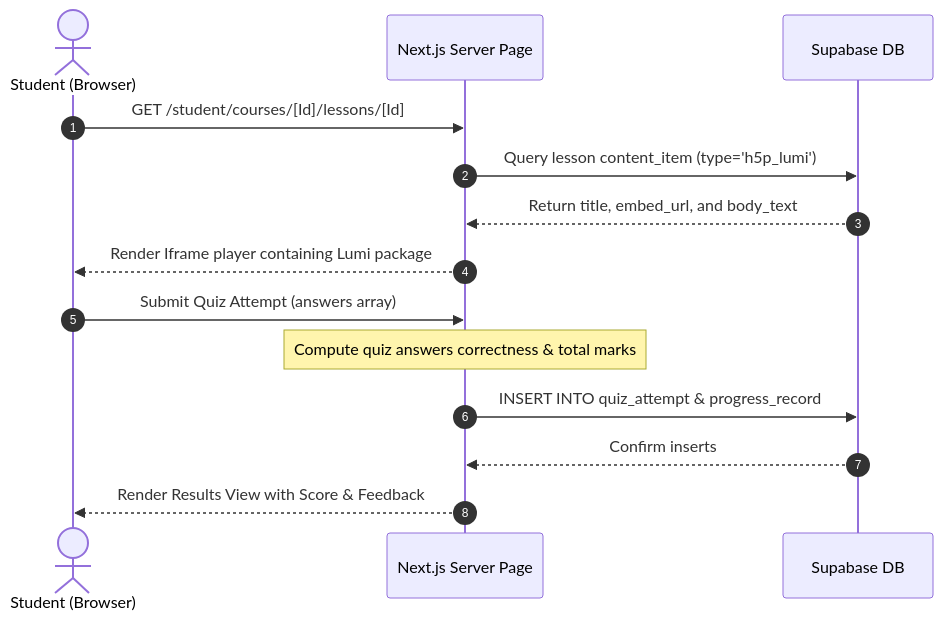
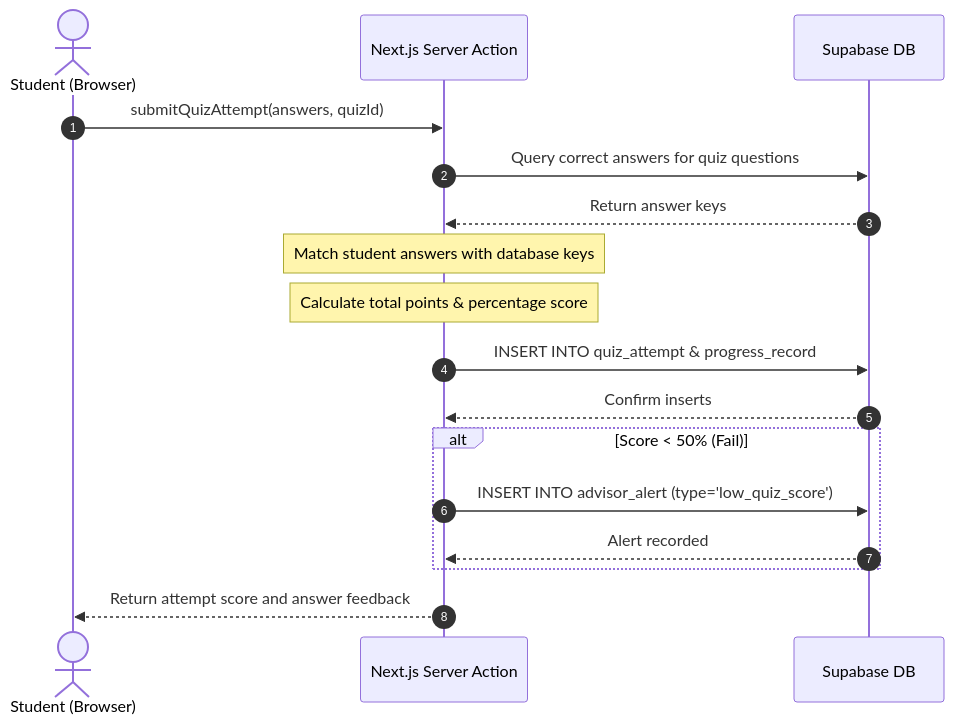
One commit to wingkit123/QuestLearn changed the third of 5 diagrams in part-iii/Individual-Report-WingKit.md. Above: the diagram before and after it, drawn with Mermaid. The commit also changed other lines of this file and 1 other file, not shown here.

````diff
--- a/part-iii/Individual-Report-WingKit.md
+++ b/part-iii/Individual-Report-WingKit.md
@@ -183,17 +221,20 @@
 ```mermaid
 sequenceDiagram
     autonumber
     actor Student as Student (Browser)
-    participant NextJS as Next.js Server Page
+    participant Server as Next.js Server Action
     participant DB as Supabase DB
     
-    Student->>NextJS: GET /student/courses/[Id]/lessons/[Id]
-    NextJS->>DB: Query lesson content_item (type='h5p_lumi')
-    DB-->>NextJS: Return title, embed_url, and body_text
-    NextJS-->>Student: Render Iframe player containing Lumi package
-    Student->>NextJS: Submit Quiz Attempt (answers array)
-    Note over NextJS: Compute quiz answers correctness & total marks
-    NextJS->>DB: INSERT INTO quiz_attempt & progress_record
-    DB-->>NextJS: Confirm inserts
-    NextJS-->>Student: Render Results View with Score & Feedback
+    Student->>Server: submitQuizAttempt(answers, quizId)
+    Server->>DB: Query correct answers for quiz questions
+    DB-->>Server: Return answer keys
+    Note over Server: Match student answers with database keys
+    Note over Server: Calculate total points & percentage score
+    Server->>DB: INSERT INTO quiz_attempt & progress_record
+    DB-->>Server: Confirm inserts
+    alt Score < 50% (Fail)
+        Server->>DB: INSERT INTO advisor_alert (type='low_quiz_score')
+        DB-->>Server: Alert recorded
+    end
+    Server-->>Student: Return attempt score and answer feedback
 ```
````
